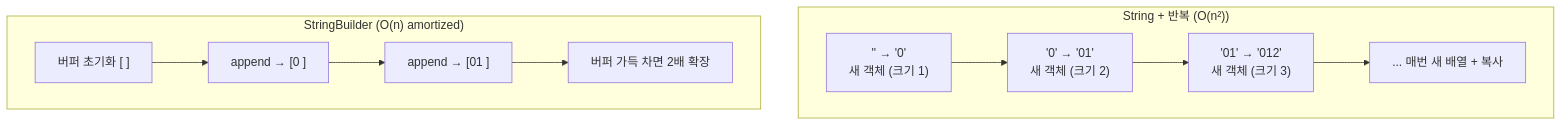
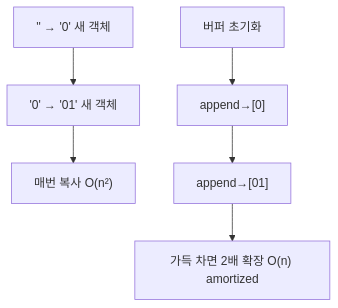
Before and after one commit to yjkim2015/yjkim2015.github.io: the second of 3 diagrams in _posts/java/2026-05-01-java-string.md, drawn with Mermaid. The commit also changed other lines of this file and 215 other files, not shown here.

First line of the commit message:
신규 포스트 10개 추가 + Mermaid 전면 축소 + SystemDesign 시리즈 보강

````diff
--- a/_posts/java/2026-05-01-java-string.md
+++ b/_posts/java/2026-05-01-java-string.md
@@ -160,21 +159,5 @@
 ```mermaid
 graph TD
-    subgraph "String + 반복 (O(n²))"
-        S1["'' → '0'
-        새 객체 (크기 1)"]
-        S2["'0' → '01'
-        새 객체 (크기 2)"]
-        S3["'01' → '012'
-        새 객체 (크기 3)"]
-        SN["... 매번 새 배열 + 복사"]
-        S1 --> S2 --> S3 --> SN
-    end
-
-    subgraph "StringBuilder (O(n) amortized)"
-        B1["버퍼 초기화 [        ]"]
-        B2["append → [0       ]"]
-        B3["append → [01      ]"]
-        B4["버퍼 가득 차면 2배 확장"]
-        B1 --> B2 --> B3 --> B4
-    end
+    S1["'' → '0' 새 객체"] --> S2["'0' → '01' 새 객체"] --> S3["매번 복사 O(n²)"]
+    B1["버퍼 초기화"] --> B2["append→[0]"] --> B3["append→[01]"] --> B4["가득 차면 2배 확장 O(n) amortized"]
 ```
````
